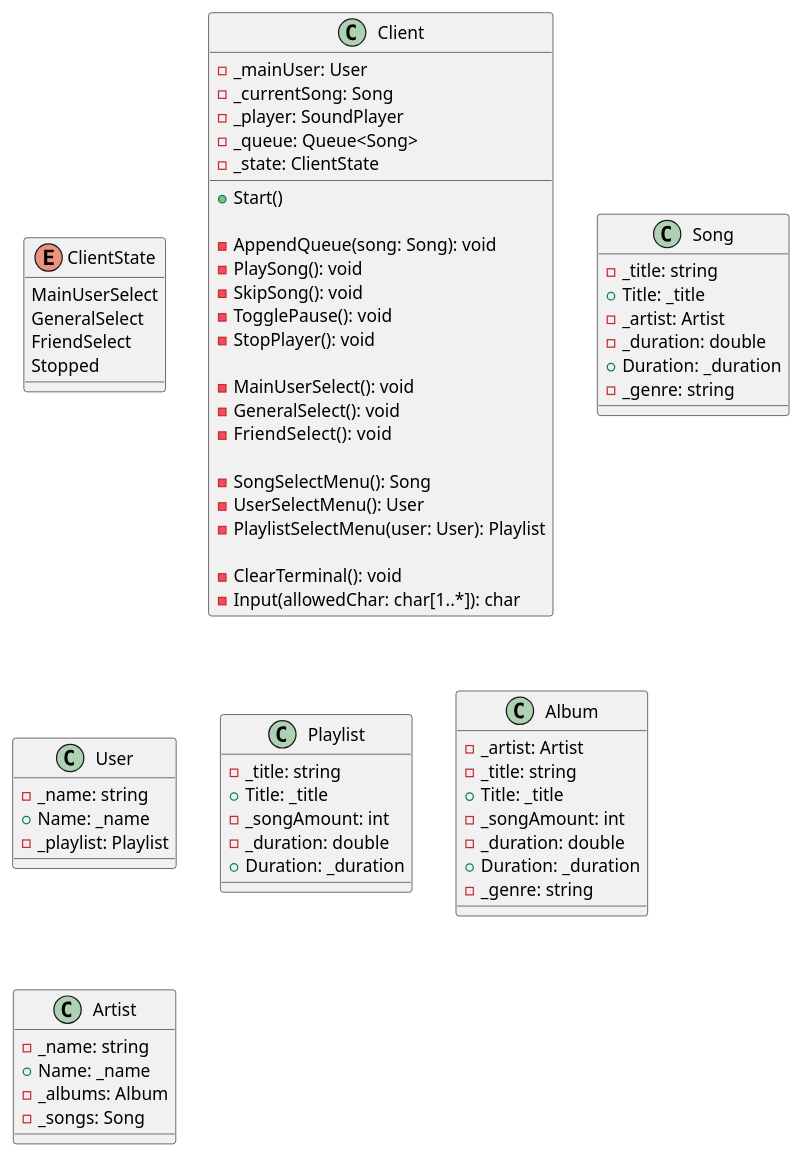
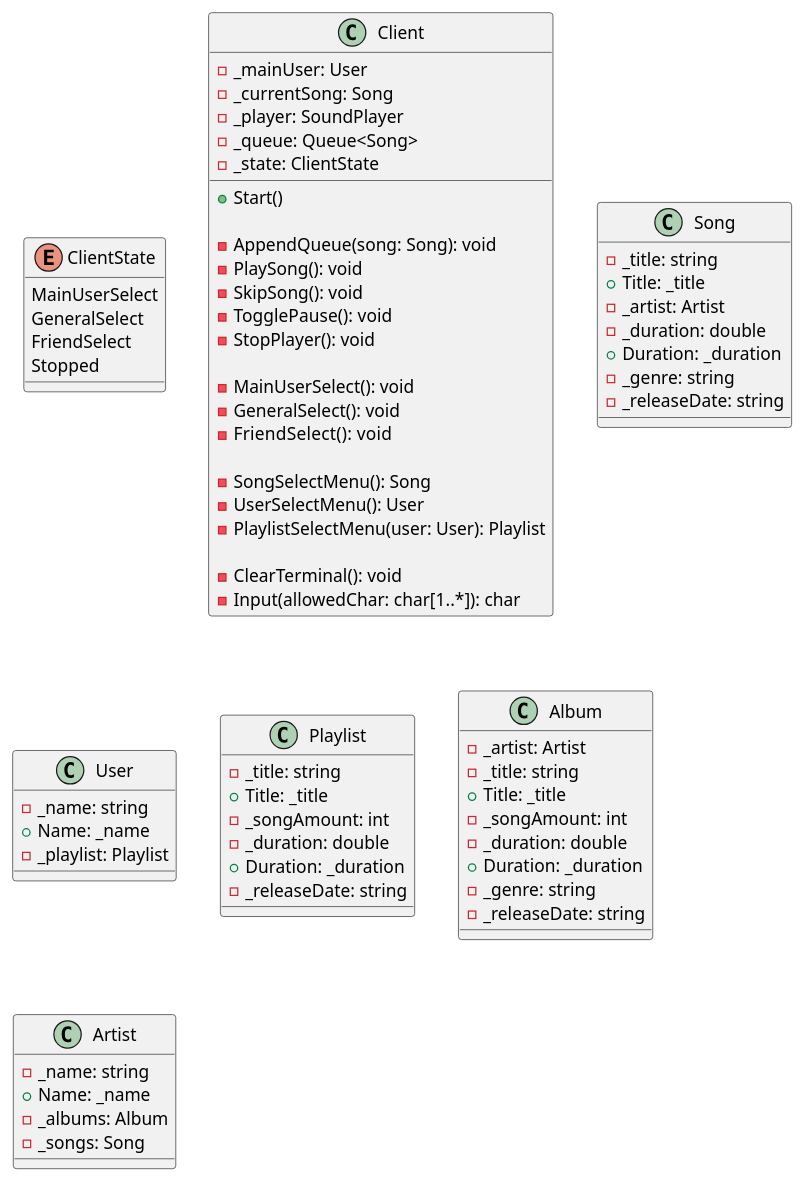
One commit to A-A-Tel/media-player changed the diagram in class-diagram.puml. Above: the diagram before and after it, drawn with PlantUML.

Commit message:
Releasedate added

```diff
--- a/class-diagram.puml
+++ b/class-diagram.puml
@@ -1,81 +1,84 @@
 @startuml
 
 enum ClientState {
     MainUserSelect
     GeneralSelect
     FriendSelect
     Stopped
 }
 
 class Client {
     - _mainUser: User
     - _currentSong: Song
     - _player: SoundPlayer
     - _queue: Queue<Song>
     - _state: ClientState
     
     + Start()
     
     ' commands
     - AppendQueue(song: Song): void
     - PlaySong(): void
     - SkipSong(): void
     - TogglePause(): void
     - StopPlayer(): void
     
     ' state
     - MainUserSelect(): void
     - GeneralSelect(): void
     - FriendSelect():  void
     
     ' menus
     - SongSelectMenu(): Song
     - UserSelectMenu(): User
     - PlaylistSelectMenu(user: User): Playlist
     
     ' helpers
     - ClearTerminal(): void
     - Input(allowedChar: char[1..*]): char
 }
 
 class Song {
     - _title: string
     + Title: _title
     - _artist: Artist
     - _duration: double
     + Duration: _duration
     - _genre: string
+    - _releaseDate: string
 }
 
 class User {
     - _name: string
     + Name: _name
     - _playlist: Playlist
 }
 
 class Playlist {
     - _title: string
     + Title: _title
     - _songAmount: int
     - _duration: double
     + Duration: _duration
+    - _releaseDate: string
 }
 
 class Album {
     - _artist: Artist
     - _title: string
     + Title: _title
     - _songAmount: int
     - _duration: double
     + Duration: _duration
     - _genre: string
+    - _releaseDate: string
 } 
 
 class Artist {
     - _name: string
     + Name: _name
     - _albums: Album
     - _songs: Song
 }
 
 @enduml
```
